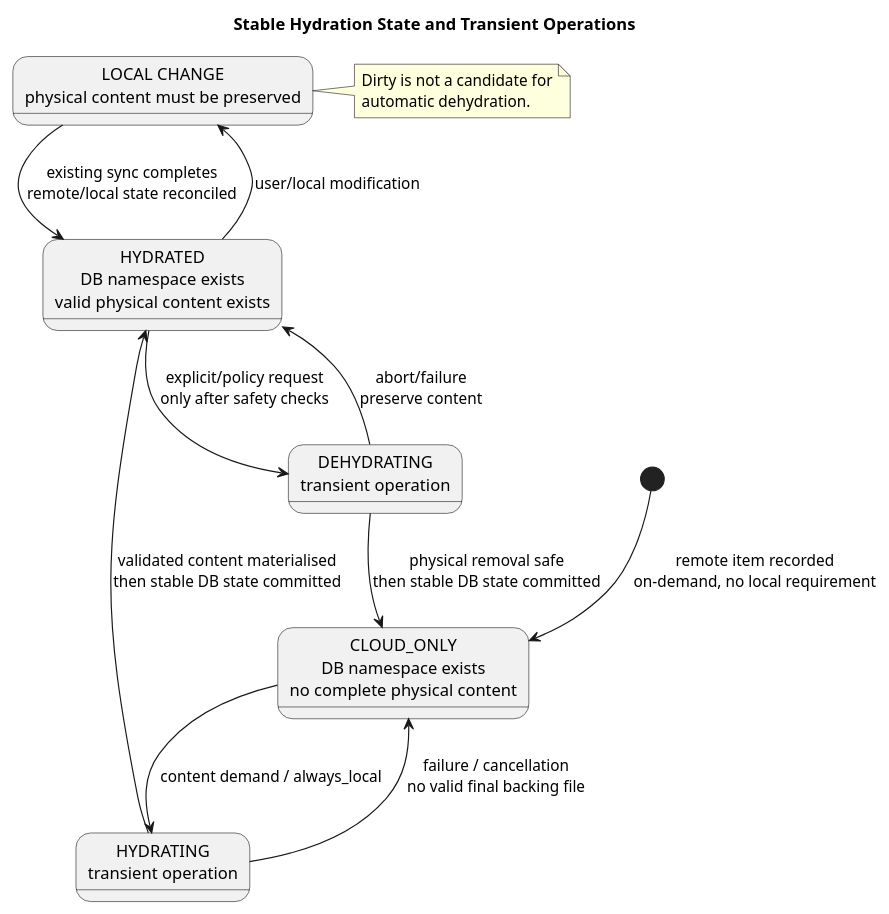
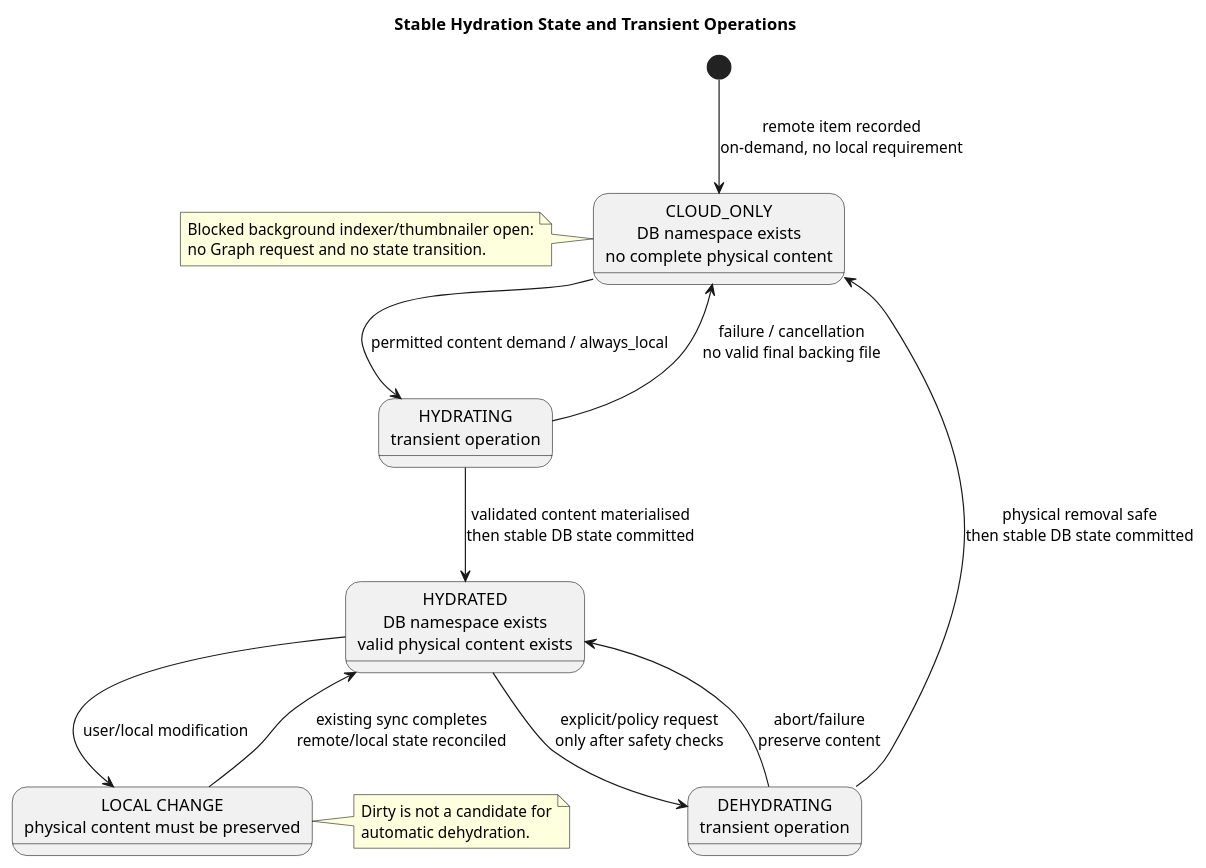
Before and after one commit to abraunegg/onedrive: the diagram in adr/ADR-001 - FUSE overlay and local storage/plantuml/adr-001-state-machine.puml, drawn with PlantUML. The commit also changed 8 other files, not shown here.

```diff
--- a/adr/ADR-001 - FUSE overlay and local storage/plantuml/adr-001-state-machine.puml
+++ b/adr/ADR-001 - FUSE overlay and local storage/plantuml/adr-001-state-machine.puml
@@ -1,27 +1,32 @@
 @startuml
 title Stable Hydration State and Transient Operations
 skinparam shadowing false
 
 state "CLOUD_ONLY\nDB namespace exists\nno complete physical content" as Cloud
 state "HYDRATING\ntransient operation" as Hydrating
 state "HYDRATED\nDB namespace exists\nvalid physical content exists" as Hydrated
 state "DEHYDRATING\ntransient operation" as Dehydrating
 state "LOCAL CHANGE\nphysical content must be preserved" as Dirty
 
 [*] --> Cloud : remote item recorded\non-demand, no local requirement
-Cloud --> Hydrating : content demand / always_local
+Cloud --> Hydrating : permitted content demand / always_local
 Hydrating --> Hydrated : validated content materialised\nthen stable DB state committed
 Hydrating --> Cloud : failure / cancellation\nno valid final backing file
 
 Hydrated --> Dirty : user/local modification
 Dirty --> Hydrated : existing sync completes\nremote/local state reconciled
 
 Hydrated --> Dehydrating : explicit/policy request\nonly after safety checks
 Dehydrating --> Cloud : physical removal safe\nthen stable DB state committed
 Dehydrating --> Hydrated : abort/failure\npreserve content
 
+note left of Cloud
+Blocked background indexer/thumbnailer open:
+no Graph request and no state transition.
+end note
+
 note right of Dirty
 Dirty is not a candidate for
 automatic dehydration.
 end note
 @enduml
```
